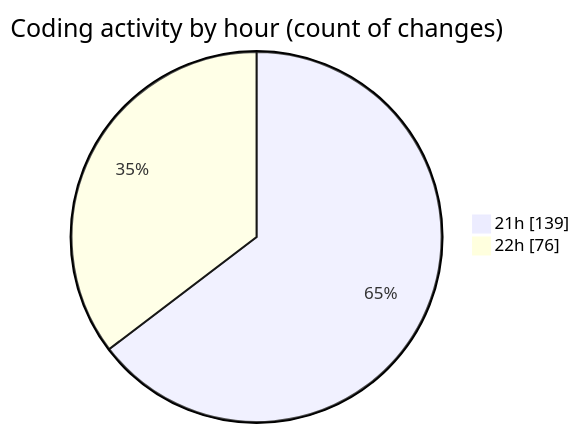
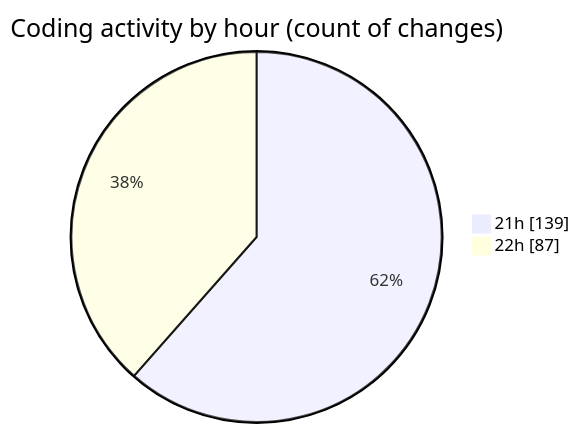
Before and after one commit to Ritupan-Deka/code-tracking: the second of 2 diagrams in 2025-08-03/javascript/README.md, drawn with Mermaid. The commit also changed other lines of this file and 1 other file, not shown here.

````diff
--- a/2025-08-03/javascript/README.md
+++ b/2025-08-03/javascript/README.md
@@ -31,6 +31,6 @@
 ```mermaid
 pie showData
 title Coding activity by hour (count of changes)
 "21h" : 139
-"22h" : 76
+"22h" : 87
 ```
````
